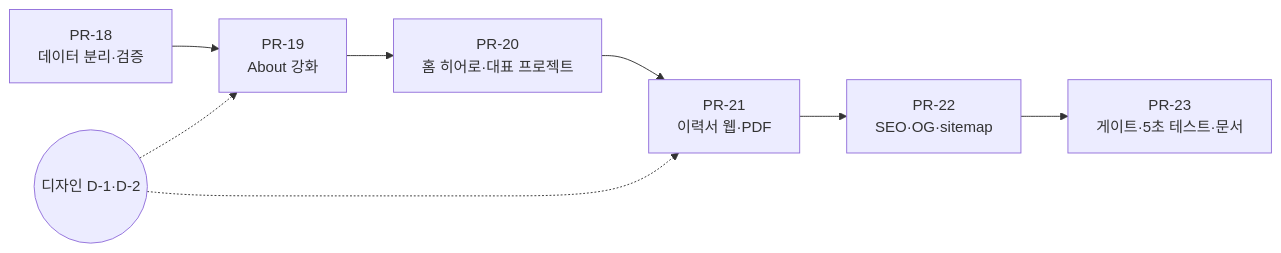
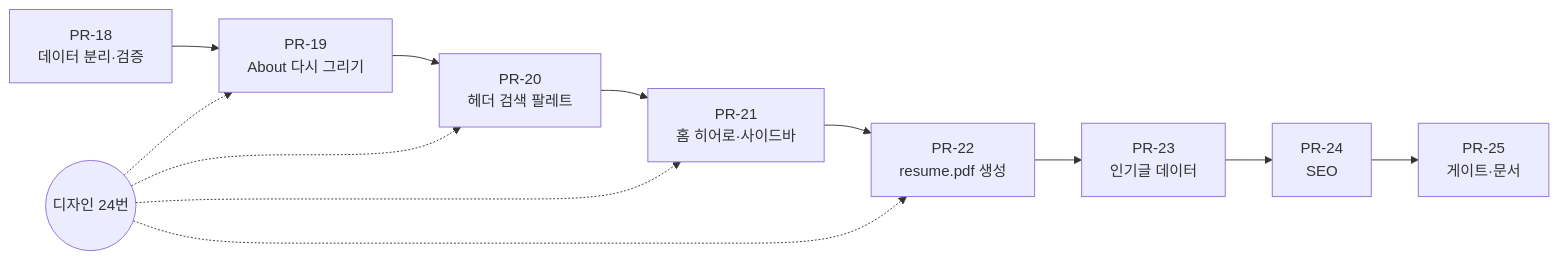
Before and after one commit to comstering/comstering.github.io: the diagram in cowork/prd/004_portfolio_projects-and-about.md, drawn with Mermaid. The commit also changed other lines of this file and 37 other files, not shown here.

````diff
--- a/cowork/prd/004_portfolio_projects-and-about.md
+++ b/cowork/prd/004_portfolio_projects-and-about.md
@@ -260,9 +316,11 @@
 ```mermaid
 flowchart LR
-    pr18["PR-18<br/>데이터 분리·검증"] --> pr19["PR-19<br/>About 강화"]
-    pr19 --> pr20["PR-20<br/>홈 히어로·대표 프로젝트"]
-    pr20 --> pr21["PR-21<br/>이력서 웹·PDF"]
-    pr21 --> pr22["PR-22<br/>SEO·OG·sitemap"]
-    pr22 --> pr23["PR-23<br/>게이트·5초 테스트·문서"]
-    des(("디자인 D-1·D-2")) -.-> pr19 & pr21
+    pr18["PR-18<br/>데이터 분리·검증"] --> pr19["PR-19<br/>About 다시 그리기"]
+    pr19 --> pr20["PR-20<br/>헤더 검색 팔레트"]
+    pr20 --> pr21["PR-21<br/>홈 히어로·사이드바"]
+    pr21 --> pr22["PR-22<br/>resume.pdf 생성"]
+    pr22 --> pr23["PR-23<br/>인기글 데이터"]
+    pr23 --> pr24["PR-24<br/>SEO"]
+    pr24 --> pr25["PR-25<br/>게이트·문서"]
+    des(("디자인 24번")) -.-> pr19 & pr20 & pr21 & pr22
 ```
````
